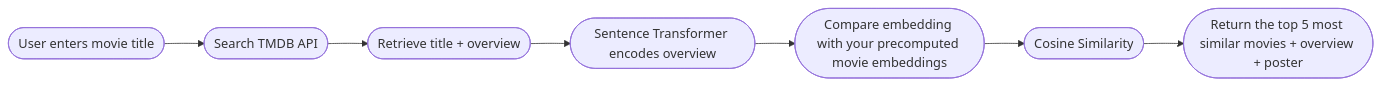
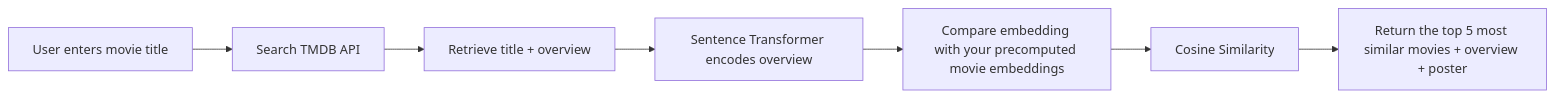
One commit to tisya683/film-recommendation-system changed the diagram in README.md. Above: the diagram before and after it, drawn with Mermaid.

````diff
--- a/README.md
+++ b/README.md
@@ -34,17 +34,17 @@
 ```mermaid
 flowchart LR
-      A([User enters movie title])
-      B([Search TMDB API])
-      C([Retrieve title + overview])
-      D([Sentence Transformer encodes overview])
-      E([Compare embedding with your precomputed movie embeddings])
-      F([Cosine Similarity])
-      G([Return the top 5 most similar movies + overview + poster])
+      A[User enters movie title]
+      B[Search TMDB API]
+      C[Retrieve title + overview]
+      D[Sentence Transformer encodes overview]
+      E[Compare embedding with your precomputed movie embeddings]
+      F[Cosine Similarity]
+      G[Return the top 5 most similar movies + overview + poster]
 
 A-->B
 B-->C
 C-->D
 D-->E
 E-->F
 F-->G
 ```
````
